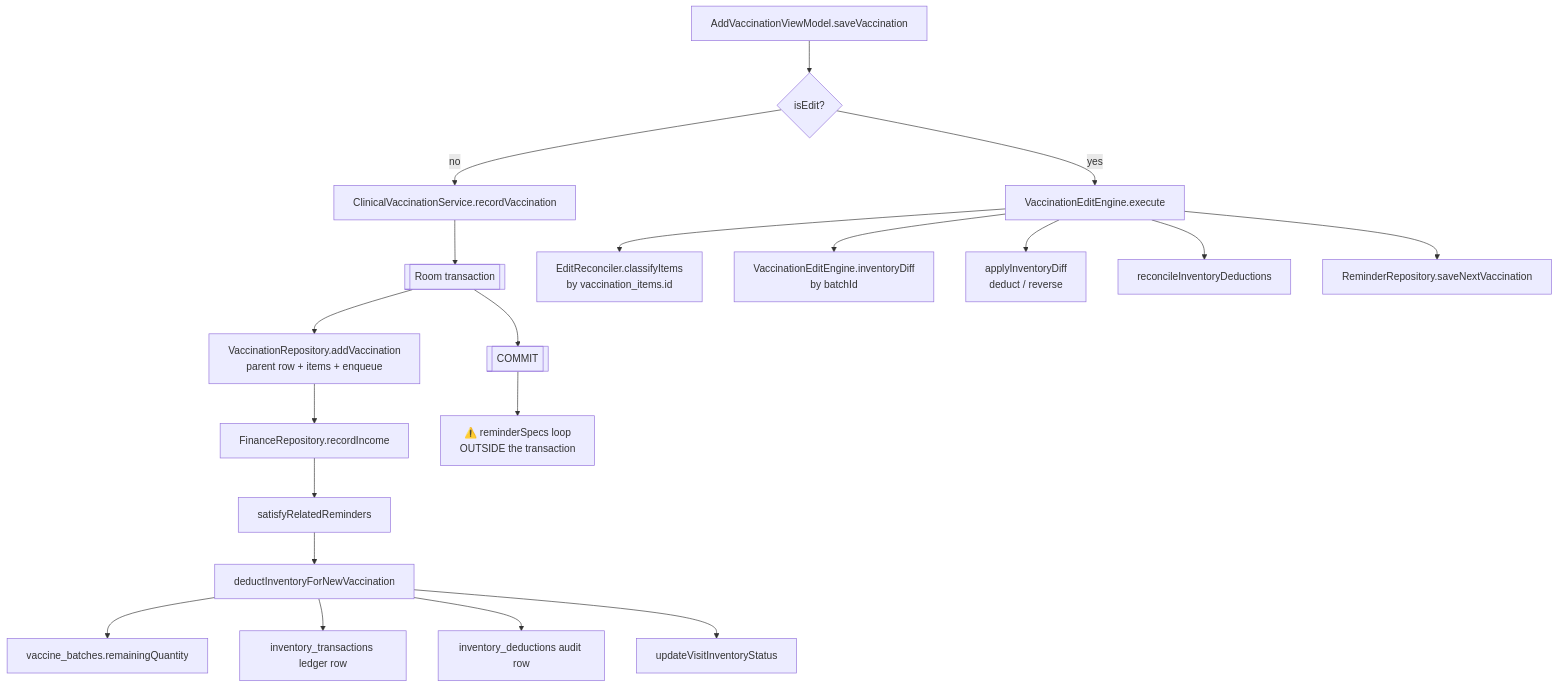
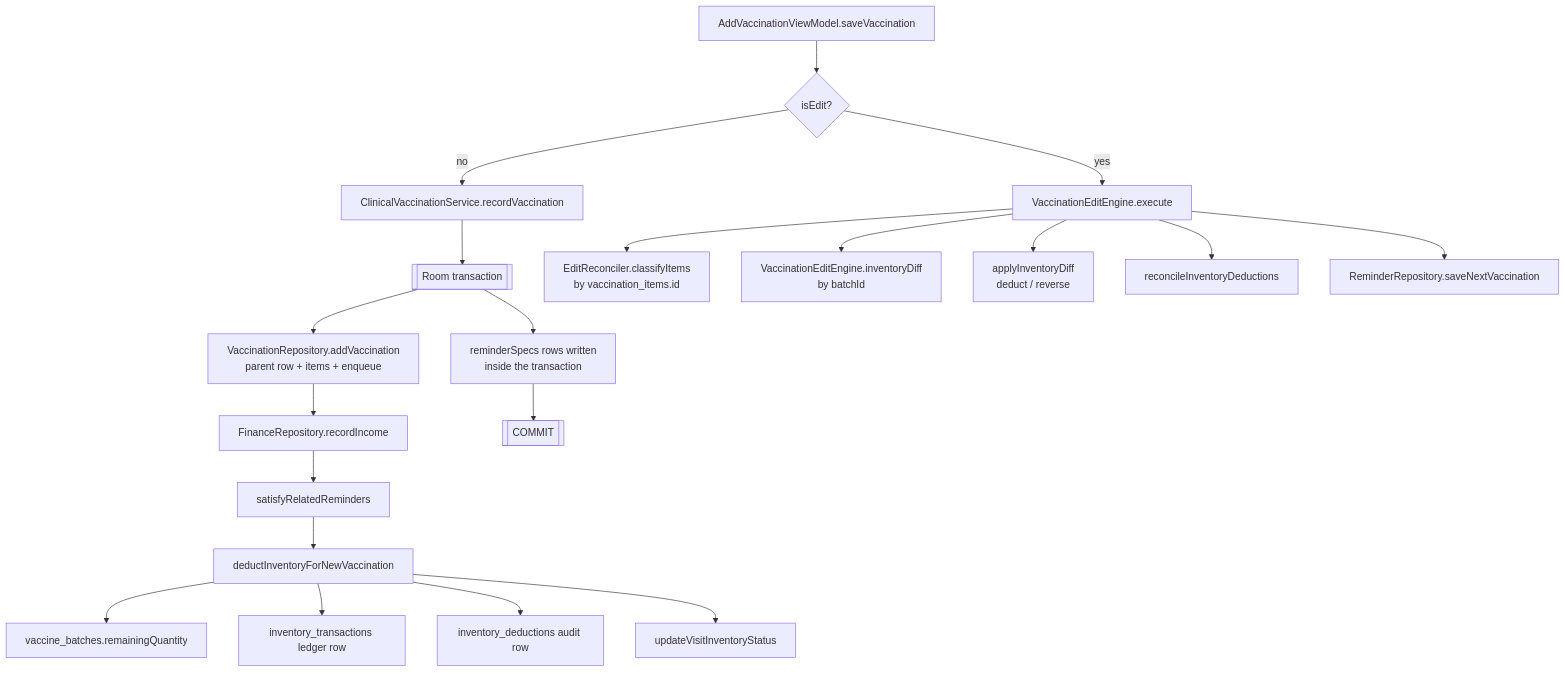
The diagram in docs/Knowledge_Base/Vaccination Management.md (CyferBoy/Neo_Child_Clinic), drawn with Mermaid before and after one commit. The commit also changed other lines of this file and 86 other files, not shown here.

````diff
--- a/docs/Knowledge_Base/Vaccination Management.md
+++ b/docs/Knowledge_Base/Vaccination Management.md
@@ -9,24 +9,24 @@
 ```mermaid
 flowchart TD
     VM[AddVaccinationViewModel.saveVaccination] --> DISPATCH{isEdit?}
     DISPATCH -->|no| CLIN[ClinicalVaccinationService.recordVaccination]
     DISPATCH -->|yes| ENG[VaccinationEditEngine.execute]
 
     CLIN --> TX[[Room transaction]]
     TX --> V[VaccinationRepository.addVaccination<br/>parent row + items + enqueue]
     V --> F[FinanceRepository.recordIncome]
     F --> R[satisfyRelatedReminders]
     R --> D[deductInventoryForNewVaccination]
     D --> DB1[vaccine_batches.remainingQuantity]
     D --> DB2[inventory_transactions ledger row]
     D --> DB3[inventory_deductions audit row]
     D --> ST[updateVisitInventoryStatus]
 
-    TX --> END[[COMMIT]]
-    END --> REM[⚠️ reminderSpecs loop<br/>OUTSIDE the transaction]
+    TX --> REM[reminderSpecs rows written<br/>inside the transaction]
+    REM --> END[[COMMIT]]
     ENG --> E1[EditReconciler.classifyItems<br/>by vaccination_items.id]
     ENG --> E2[VaccinationEditEngine.inventoryDiff<br/>by batchId]
     ENG --> E3[applyInventoryDiff<br/>deduct / reverse]
     ENG --> E4[reconcileInventoryDeductions]
     ENG --> E5[ReminderRepository.saveNextVaccination]
 ```
````
